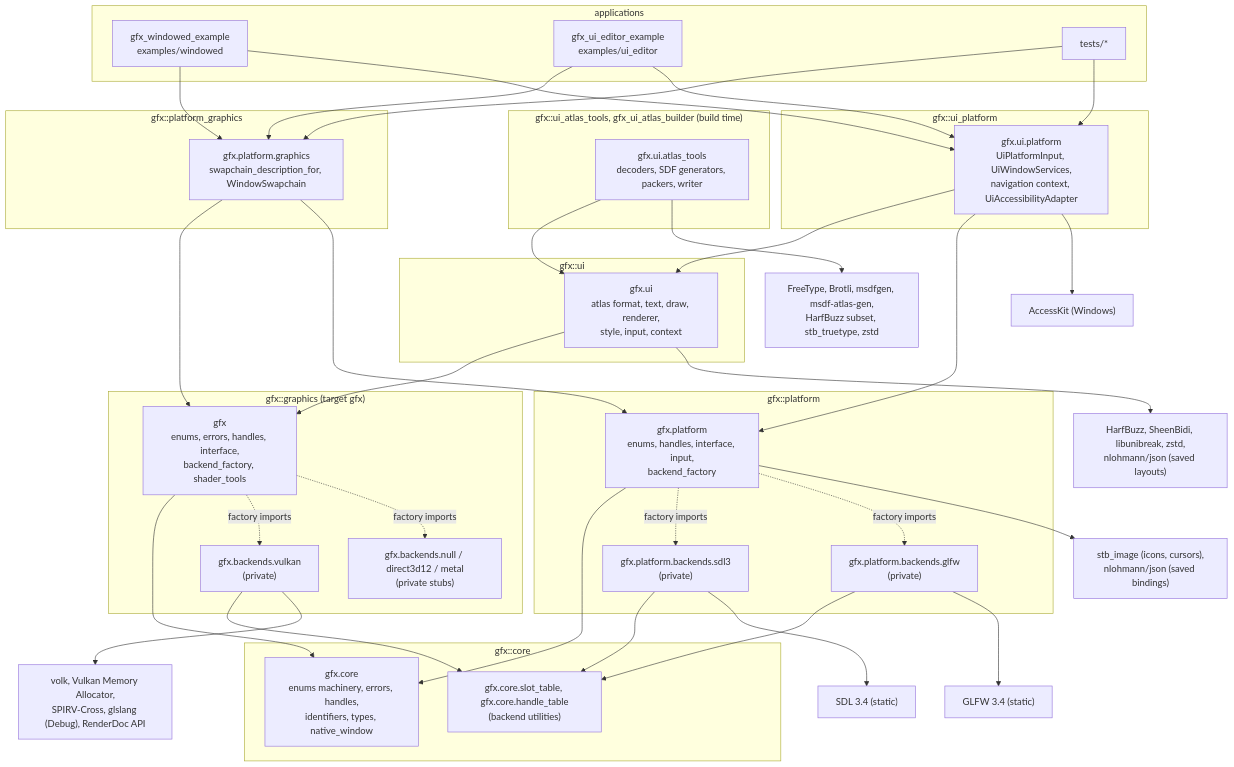
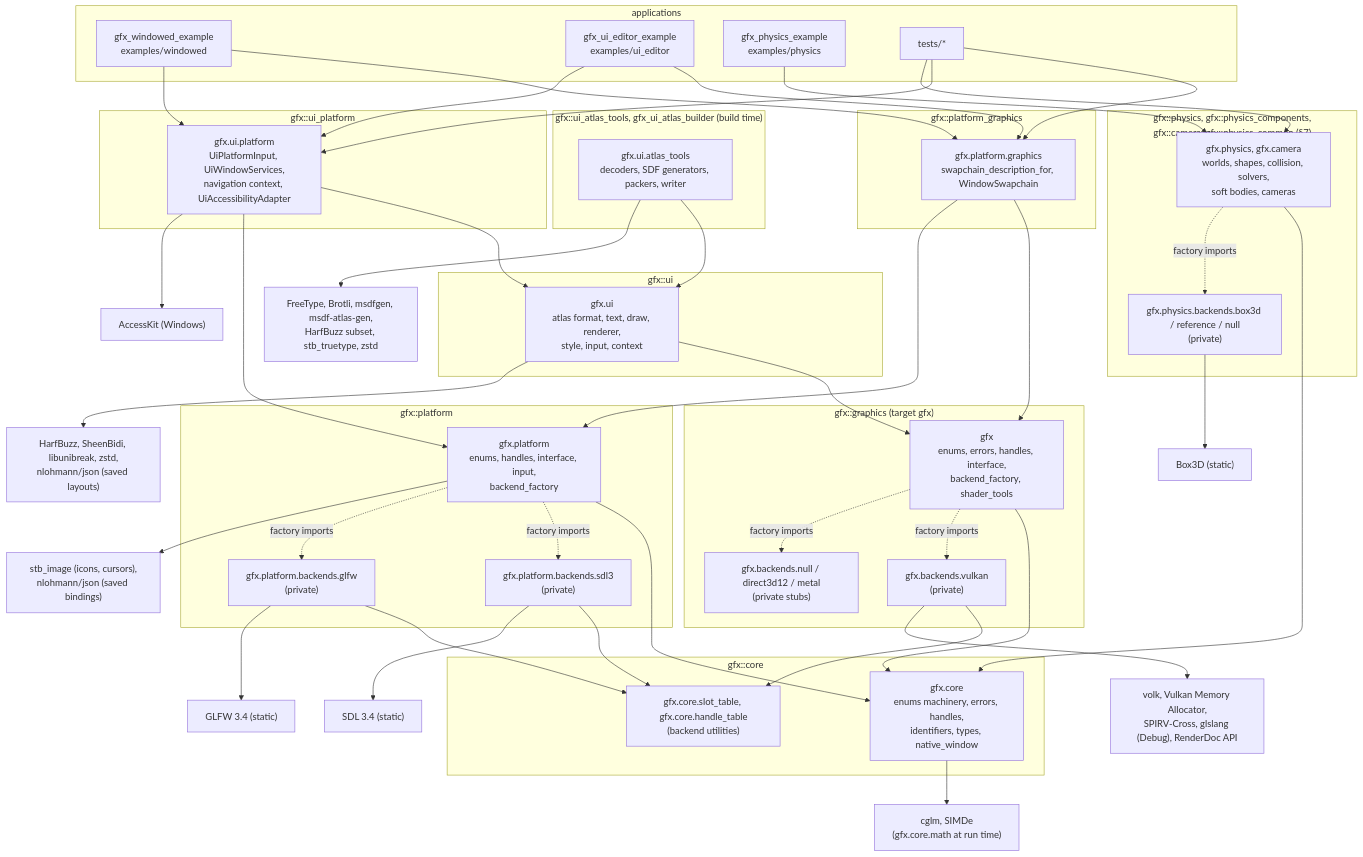
One commit to bueno-mhc/gfx changed the first of 29 diagrams in docs/architecture.md. Above: the diagram before and after it, drawn with Mermaid. The commit also changed other lines of this file and 15 other files, not shown here.

````diff
--- a/docs/architecture.md
+++ b/docs/architecture.md
@@ -19,62 +20,73 @@
 ```mermaid
 flowchart TB
     subgraph app["applications"]
         example["gfx_windowed_example<br/>examples/windowed"]
         editor["gfx_ui_editor_example<br/>examples/ui_editor"]
+        physics_example["gfx_physics_example<br/>examples/physics"]
         tests["tests/*"]
     end
     subgraph ui_platform_lib["gfx::ui_platform"]
         ui_platform["gfx.ui.platform<br/>UiPlatformInput, UiWindowServices,<br/>navigation context, UiAccessibilityAdapter"]
     end
     subgraph ui_lib["gfx::ui"]
         ui["gfx.ui<br/>atlas format, text, draw, renderer,<br/>style, input, context"]
     end
     subgraph tools_lib["gfx::ui_atlas_tools, gfx_ui_atlas_builder (build time)"]
         atlas_tools["gfx.ui.atlas_tools<br/>decoders, SDF generators, packers, writer"]
     end
     subgraph bridge_lib["gfx::platform_graphics"]
         bridge["gfx.platform.graphics<br/>swapchain_description_for, WindowSwapchain"]
     end
     subgraph graphics_lib["gfx::graphics (target gfx)"]
         gfx_module["gfx<br/>enums, errors, handles, interface,<br/>backend_factory, shader_tools"]
         vulkan["gfx.backends.vulkan<br/>(private)"]
         graphics_stubs["gfx.backends.null / direct3d12 / metal<br/>(private stubs)"]
     end
     subgraph platform_lib["gfx::platform"]
         platform_module["gfx.platform<br/>enums, handles, interface, input,<br/>backend_factory"]
         sdl3["gfx.platform.backends.sdl3<br/>(private)"]
         glfw["gfx.platform.backends.glfw<br/>(private)"]
     end
+    subgraph physics_libs["gfx::physics, gfx::physics_components,<br/>gfx::camera, gfx::physics_common (§7)"]
+        physics_modules["gfx.physics, gfx.camera<br/>worlds, shapes, collision, solvers,<br/>soft bodies, cameras"]
+        physics_backends["gfx.physics.backends.box3d / reference / null<br/>(private)"]
+    end
     subgraph core_lib["gfx::core"]
         core["gfx.core<br/>enums machinery, errors, handles,<br/>identifiers, types, native_window"]
         tables["gfx.core.slot_table, gfx.core.handle_table<br/>(backend utilities)"]
     end
     example --> bridge
     example --> ui_platform
     editor --> bridge
     editor --> ui_platform
     tests --> bridge
     tests --> ui_platform
+    tests --> physics_modules
+    physics_example --> physics_modules
+    physics_modules --> core
+    physics_modules -.->|factory imports| physics_backends
+    physics_backends --> third_box3d["Box3D (static)"]
+    core --> third_math["cglm, SIMDe<br/>(gfx.core.math at run time)"]
     ui_platform --> ui
     ui_platform --> platform_module
     ui --> gfx_module
     atlas_tools --> ui
     ui --> third_ui["HarfBuzz, SheenBidi, libunibreak, zstd,<br/>nlohmann/json (saved layouts)"]
     ui_platform --> third_accesskit["AccessKit (Windows)"]
     atlas_tools --> third_tools["FreeType, Brotli, msdfgen, msdf-atlas-gen,<br/>HarfBuzz subset, stb_truetype, zstd"]
     bridge --> gfx_module
     bridge --> platform_module
     gfx_module --> core
     platform_module --> core
     gfx_module -.->|factory imports| vulkan
     gfx_module -.->|factory imports| graphics_stubs
     platform_module -.->|factory imports| sdl3
     platform_module -.->|factory imports| glfw
     vulkan --> tables
     sdl3 --> tables
     glfw --> tables
     vulkan --> third_graphics["volk, Vulkan Memory Allocator,<br/>SPIRV-Cross, glslang (Debug), RenderDoc API"]
     sdl3 --> third_sdl["SDL 3.4 (static)"]
     glfw --> third_glfw["GLFW 3.4 (static)"]
     platform_module --> third_platform["stb_image (icons, cursors),<br/>nlohmann/json (saved bindings)"]
 ```
````
